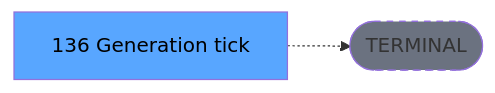
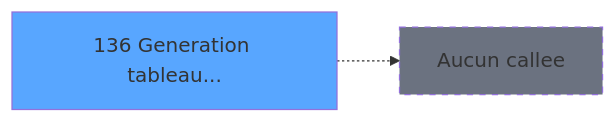
Before and after one commit to thonyAGP/magic-migration: the third of 3 diagrams in .openspec/specs/ADH-IDE-136.md, drawn with Mermaid. The commit also changed other lines of this file and 311 other files, not shown here.

````diff
--- a/.openspec/specs/ADH-IDE-136.md
+++ b/.openspec/specs/ADH-IDE-136.md
@@ -140,8 +305,8 @@
 ```mermaid
 graph LR
-    T[136 Generation tick]
-    TERM([TERMINAL])
-    T -.-> TERM
-    style TERM fill:#6b7280,stroke-dasharray: 5 5
-    style T fill:#58a6ff,color:#000
+    T136[136 Generation tableau...]
+    style T136 fill:#58a6ff
+    NONE[Aucun callee]
+    T136 -.-> NONE
+    style NONE fill:#6b7280,stroke-dasharray: 5 5
 ```
````
